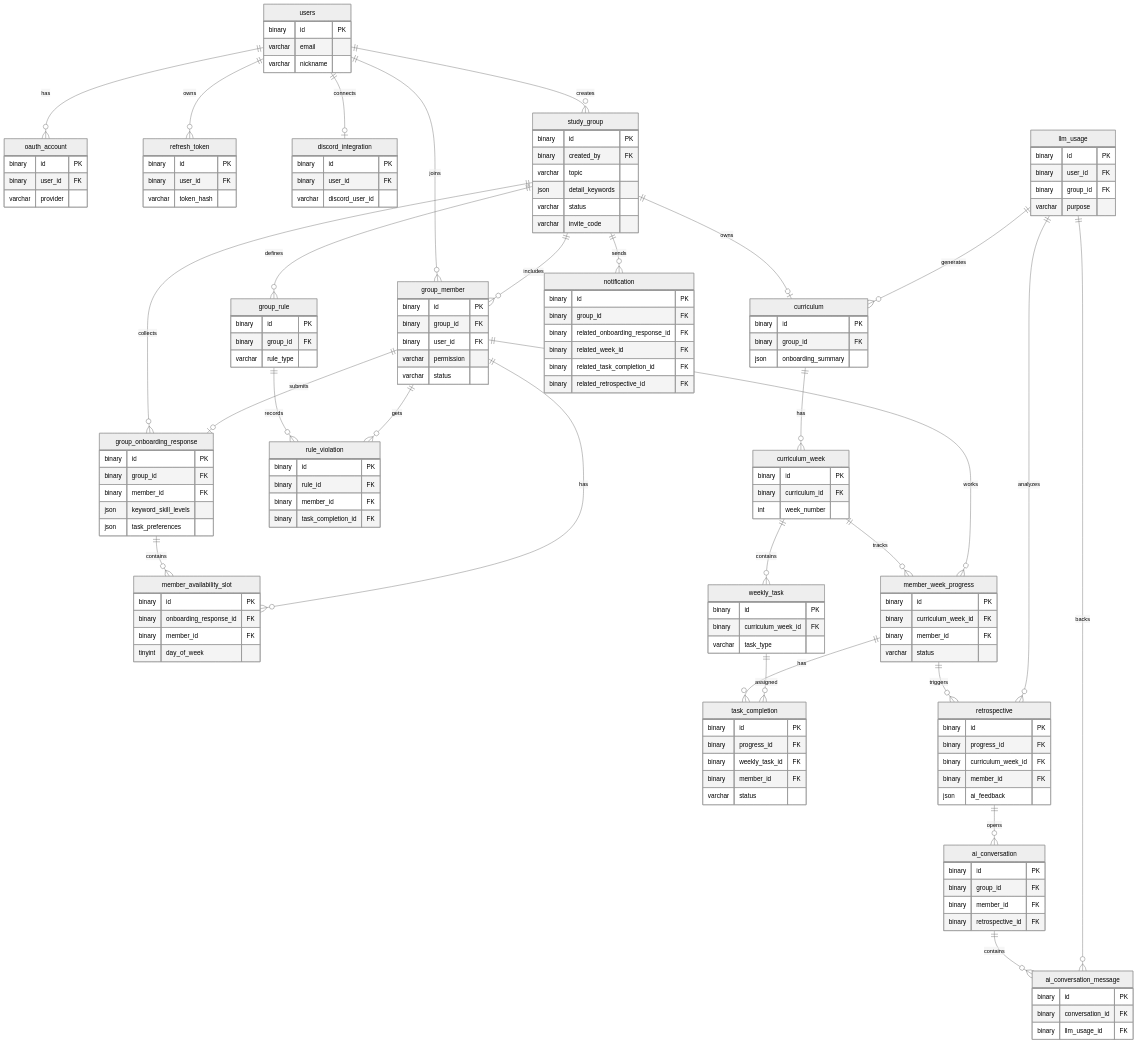
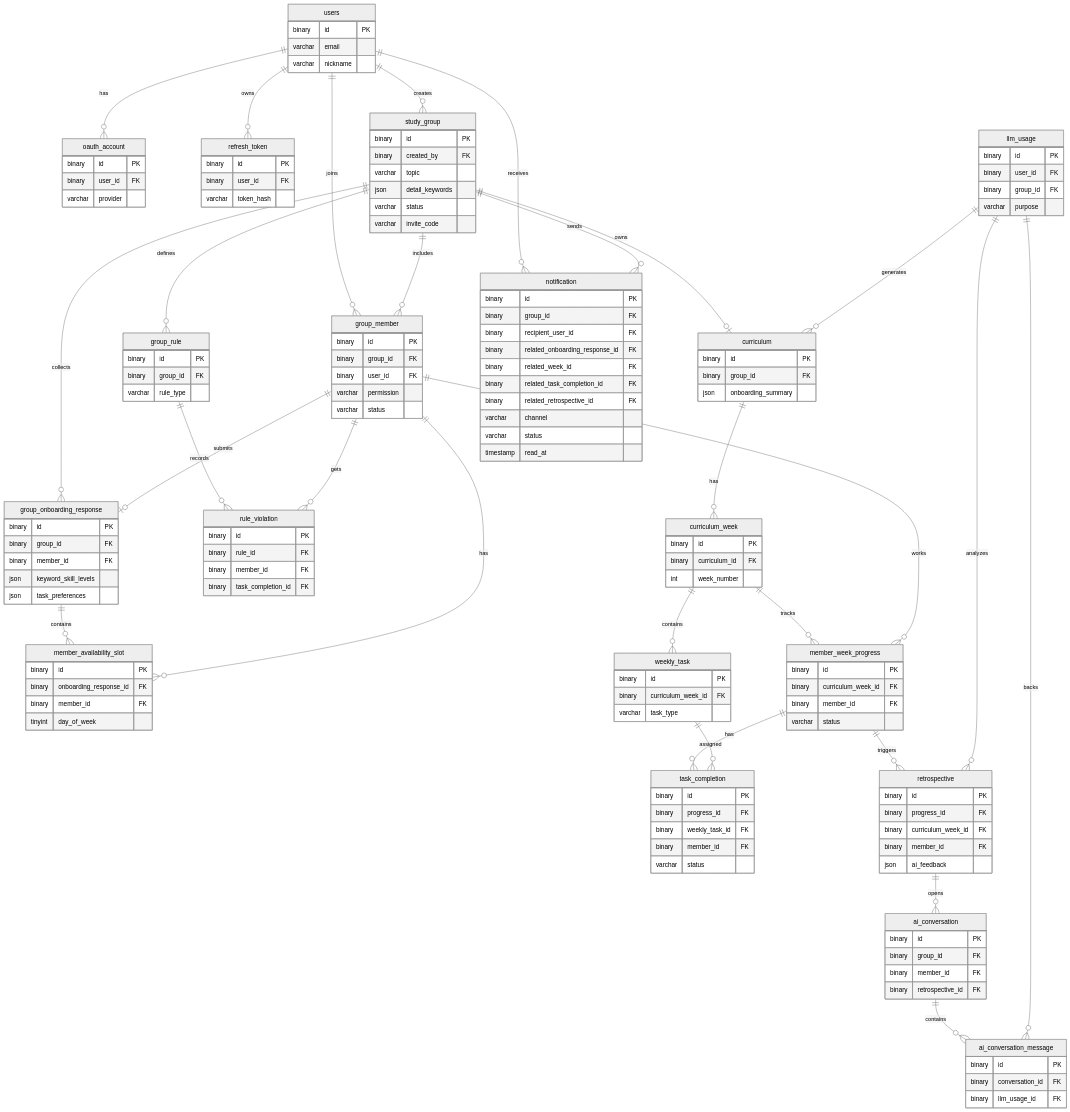
The diagram in docs/confluence/04-erd-data-model.md (StudyPot/StudyPot_BE), drawn with Mermaid (neutral theme) before and after one commit. The commit also changed other lines of this file and 38 other files, not shown here.

```diff
--- a/docs/confluence/04-erd-data-model.md
+++ b/docs/confluence/04-erd-data-model.md
@@ -24,11 +24,6 @@
         binary id PK
         binary user_id FK
         varchar token_hash
-    }
-    discord_integration {
-        binary id PK
-        binary user_id FK
-        varchar discord_user_id
     }
     study_group {
         binary id PK
@@ -118,10 +113,14 @@
     notification {
         binary id PK
         binary group_id FK
+        binary recipient_user_id FK
         binary related_onboarding_response_id FK
         binary related_week_id FK
         binary related_task_completion_id FK
         binary related_retrospective_id FK
+        varchar channel
+        varchar status
+        timestamp read_at
     }
     llm_usage {
         binary id PK
@@ -132,9 +131,9 @@
 
     users ||--o{ oauth_account : has
     users ||--o{ refresh_token : owns
-    users ||--o| discord_integration : connects
     users ||--o{ study_group : creates
     users ||--o{ group_member : joins
+    users ||--o{ notification : receives
     study_group ||--o{ group_member : includes
     study_group ||--o{ group_onboarding_response : collects
     group_member ||--o| group_onboarding_response : submits
```
